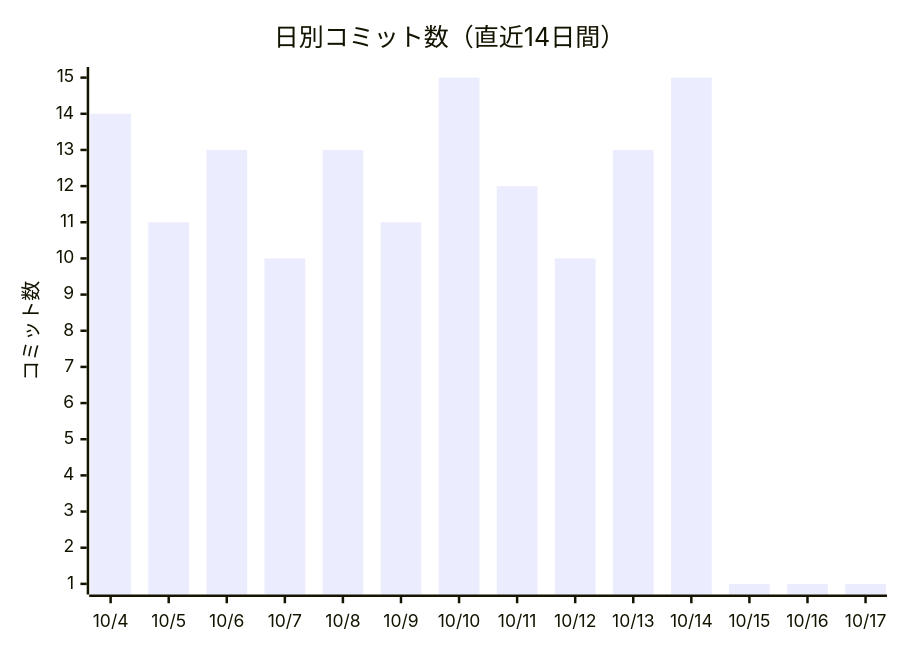
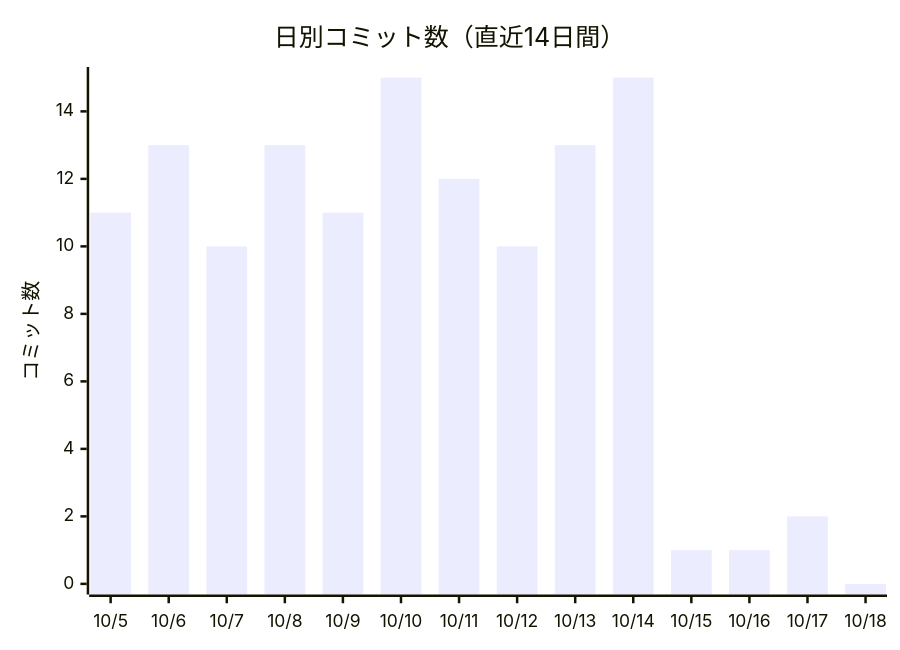
Before and after one commit to non-x2/non-x2: the first of 2 diagrams in docs/進化レポート.md, drawn with Mermaid. The commit also changed other lines of this file and 1 other file, not shown here.

````diff
--- a/docs/進化レポート.md
+++ b/docs/進化レポート.md
@@ -23,7 +23,7 @@
 ```mermaid
 xychart-beta
     title "日別コミット数（直近14日間）"
-    x-axis ["10/4", "10/5", "10/6", "10/7", "10/8", "10/9", "10/10", "10/11", "10/12", "10/13", "10/14", "10/15", "10/16", "10/17"]
+    x-axis ["10/5", "10/6", "10/7", "10/8", "10/9", "10/10", "10/11", "10/12", "10/13", "10/14", "10/15", "10/16", "10/17", "10/18"]
     y-axis "コミット数"
-    bar [14, 11, 13, 10, 13, 11, 15, 12, 10, 13, 15, 1, 1, 1]
+    bar [11, 13, 10, 13, 11, 15, 12, 10, 13, 15, 1, 1, 2, 0]
 ```
````
